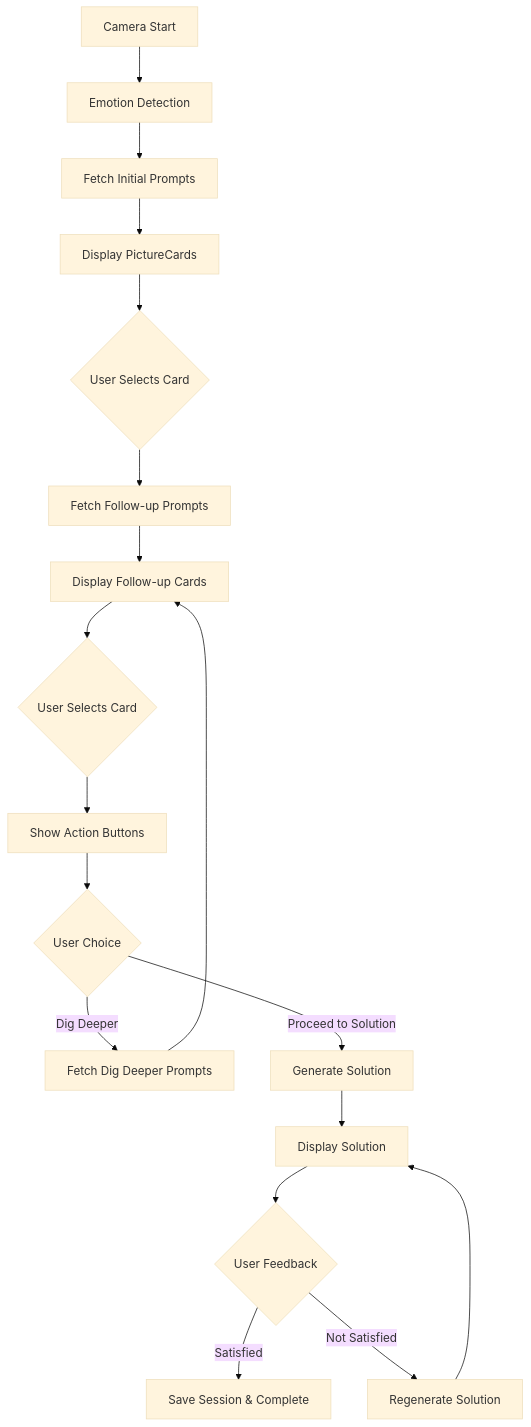
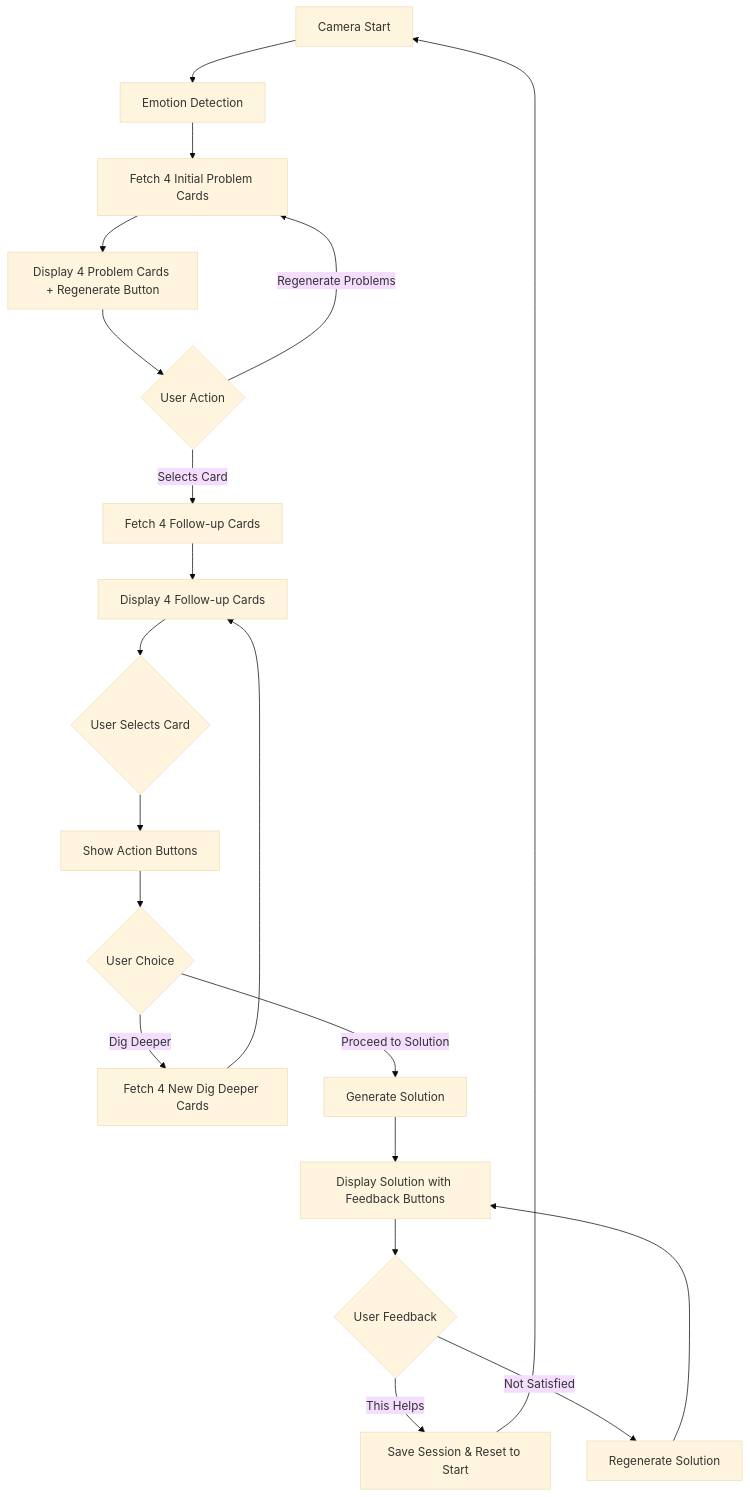
One commit to ESHWAR1024/Lumi changed the diagram in .kiro/specs/frontend-conversation-flow/design.md. Above: the diagram before and after it, drawn with Mermaid (base theme). The commit also changed other lines of this file and 6 other files, not shown here.

````diff
--- a/.kiro/specs/frontend-conversation-flow/design.md
+++ b/.kiro/specs/frontend-conversation-flow/design.md
@@ -55,20 +58,22 @@
 ```mermaid
 graph TD
     A[Camera Start] --> B[Emotion Detection]
-    B --> C[Fetch Initial Prompts]
-    C --> D[Display PictureCards]
-    D --> E{User Selects Card}
-    E --> F[Fetch Follow-up Prompts]
-    F --> G[Display Follow-up Cards]
+    B --> C[Fetch 4 Initial Problem Cards]
+    C --> D[Display 4 Problem Cards + Regenerate Button]
+    D --> E{User Action}
+    E -->|Selects Card| F[Fetch 4 Follow-up Cards]
+    E -->|Regenerate Problems| C
+    F --> G[Display 4 Follow-up Cards]
     G --> H{User Selects Card}
     H --> I[Show Action Buttons]
     I --> J{User Choice}
-    J -->|Dig Deeper| K[Fetch Dig Deeper Prompts]
+    J -->|Dig Deeper| K[Fetch 4 New Dig Deeper Cards]
     K --> G
     J -->|Proceed to Solution| L[Generate Solution]
-    L --> M[Display Solution]
+    L --> M[Display Solution with Feedback Buttons]
     M --> N{User Feedback}
-    N -->|Satisfied| O[Save Session & Complete]
+    N -->|This Helps| O[Save Session & Reset to Start]
     N -->|Not Satisfied| P[Regenerate Solution]
     P --> M
+    O --> A
 ```
````
